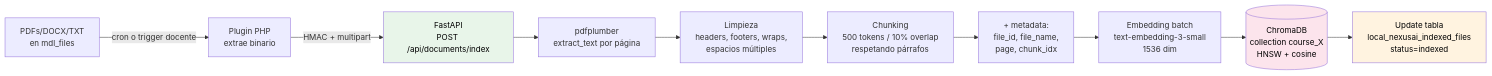
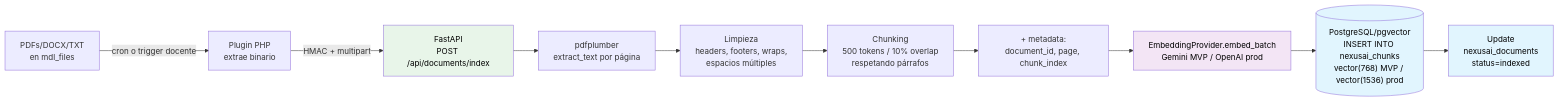
Before and after one commit to nexusai-ucc/nexusAI: the first of 2 diagrams in NexusAI/docs/diagrams/rag-flow.md, drawn with Mermaid. The commit also changed other lines of this file and 15 other files, not shown here.

````diff
--- a/NexusAI/docs/diagrams/rag-flow.md
+++ b/NexusAI/docs/diagrams/rag-flow.md
@@ -7,16 +7,17 @@
 ```mermaid
 flowchart LR
     A[PDFs/DOCX/TXT<br/>en mdl_files] -->|cron o trigger docente| B[Plugin PHP<br/>extrae binario]
     B -->|HMAC + multipart| C[FastAPI<br/>POST /api/documents/index]
     C --> D[pdfplumber<br/>extract_text por página]
     D --> E[Limpieza<br/>headers, footers, wraps,<br/>espacios múltiples]
     E --> F[Chunking<br/>500 tokens / 10% overlap<br/>respetando párrafos]
-    F --> G[+ metadata:<br/>file_id, file_name,<br/>page, chunk_idx]
-    G --> H[Embedding batch<br/>text-embedding-3-small<br/>1536 dim]
-    H --> I[(ChromaDB<br/>collection course_X<br/>HNSW + cosine)]
-    I --> J[Update tabla<br/>local_nexusai_indexed_files<br/>status=indexed]
+    F --> G[+ metadata:<br/>document_id, page, chunk_index]
+    G --> H[EmbeddingProvider.embed_batch<br/>Gemini MVP / OpenAI prod]
+    H --> I[("PostgreSQL/pgvector<br/>INSERT INTO nexusai_chunks<br/>vector(768) MVP / vector(1536) prod")]
+    I --> J[Update<br/>nexusai_documents<br/>status=indexed]
 
     style C fill:#e8f5e9,color:#000
-    style I fill:#fce4ec,color:#000
-    style J fill:#fff3e0,color:#000
+    style I fill:#e1f5fe,color:#000
+    style J fill:#e1f5fe,color:#000
+    style H fill:#f3e5f5,color:#000
 ```
````
